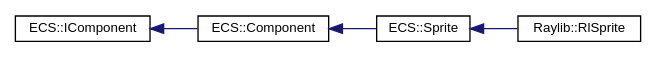
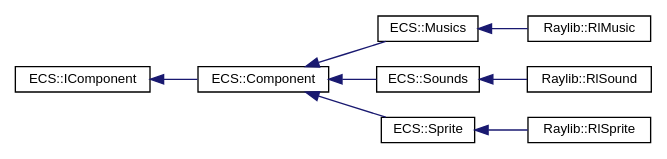
Before and after one commit to TerryMazzoni/RTypeMirror: the diagram in inherit_graph_24.dot, drawn with Graphviz. The commit also changed 100 other files, not shown here.

```diff
--- a/inherit_graph_24.dot
+++ b/inherit_graph_24.dot
@@ -1,14 +1,22 @@
 digraph "Graphical Class Hierarchy"
 {
  // LATEX_PDF_SIZE
   edge [fontname="Helvetica",fontsize="10",labelfontname="Helvetica",labelfontsize="10"];
   node [fontname="Helvetica",fontsize="10",shape=record];
   rankdir="LR";
   Node0 [label="ECS::IComponent",height=0.2,width=0.4,color="black", fillcolor="white", style="filled",URL="$classECS_1_1IComponent.html",tooltip=" "];
   Node0 -> Node1 [dir="back",color="midnightblue",fontsize="10",style="solid",fontname="Helvetica"];
   Node1 [label="ECS::Component",height=0.2,width=0.4,color="black", fillcolor="white", style="filled",URL="$classECS_1_1Component.html",tooltip=" "];
   Node1 -> Node2 [dir="back",color="midnightblue",fontsize="10",style="solid",fontname="Helvetica"];
-  Node2 [label="ECS::Sprite",height=0.2,width=0.4,color="black", fillcolor="white", style="filled",URL="$classECS_1_1Sprite.html",tooltip=" "];
+  Node2 [label="ECS::Musics",height=0.2,width=0.4,color="black", fillcolor="white", style="filled",URL="$classECS_1_1Musics.html",tooltip=" "];
   Node2 -> Node3 [dir="back",color="midnightblue",fontsize="10",style="solid",fontname="Helvetica"];
-  Node3 [label="Raylib::RlSprite",height=0.2,width=0.4,color="black", fillcolor="white", style="filled",URL="$classRaylib_1_1RlSprite.html",tooltip=" "];
+  Node3 [label="Raylib::RlMusic",height=0.2,width=0.4,color="black", fillcolor="white", style="filled",URL="$classRaylib_1_1RlMusic.html",tooltip=" "];
+  Node1 -> Node4 [dir="back",color="midnightblue",fontsize="10",style="solid",fontname="Helvetica"];
+  Node4 [label="ECS::Sounds",height=0.2,width=0.4,color="black", fillcolor="white", style="filled",URL="$classECS_1_1Sounds.html",tooltip=" "];
+  Node4 -> Node5 [dir="back",color="midnightblue",fontsize="10",style="solid",fontname="Helvetica"];
+  Node5 [label="Raylib::RlSound",height=0.2,width=0.4,color="black", fillcolor="white", style="filled",URL="$classRaylib_1_1RlSound.html",tooltip=" "];
+  Node1 -> Node6 [dir="back",color="midnightblue",fontsize="10",style="solid",fontname="Helvetica"];
+  Node6 [label="ECS::Sprite",height=0.2,width=0.4,color="black", fillcolor="white", style="filled",URL="$classECS_1_1Sprite.html",tooltip=" "];
+  Node6 -> Node7 [dir="back",color="midnightblue",fontsize="10",style="solid",fontname="Helvetica"];
+  Node7 [label="Raylib::RlSprite",height=0.2,width=0.4,color="black", fillcolor="white", style="filled",URL="$classRaylib_1_1RlSprite.html",tooltip=" "];
 }
```
